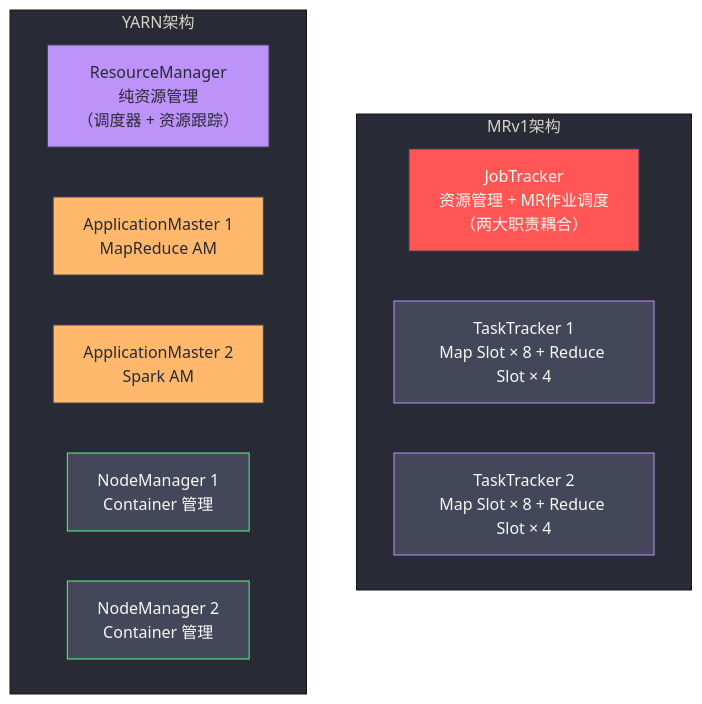
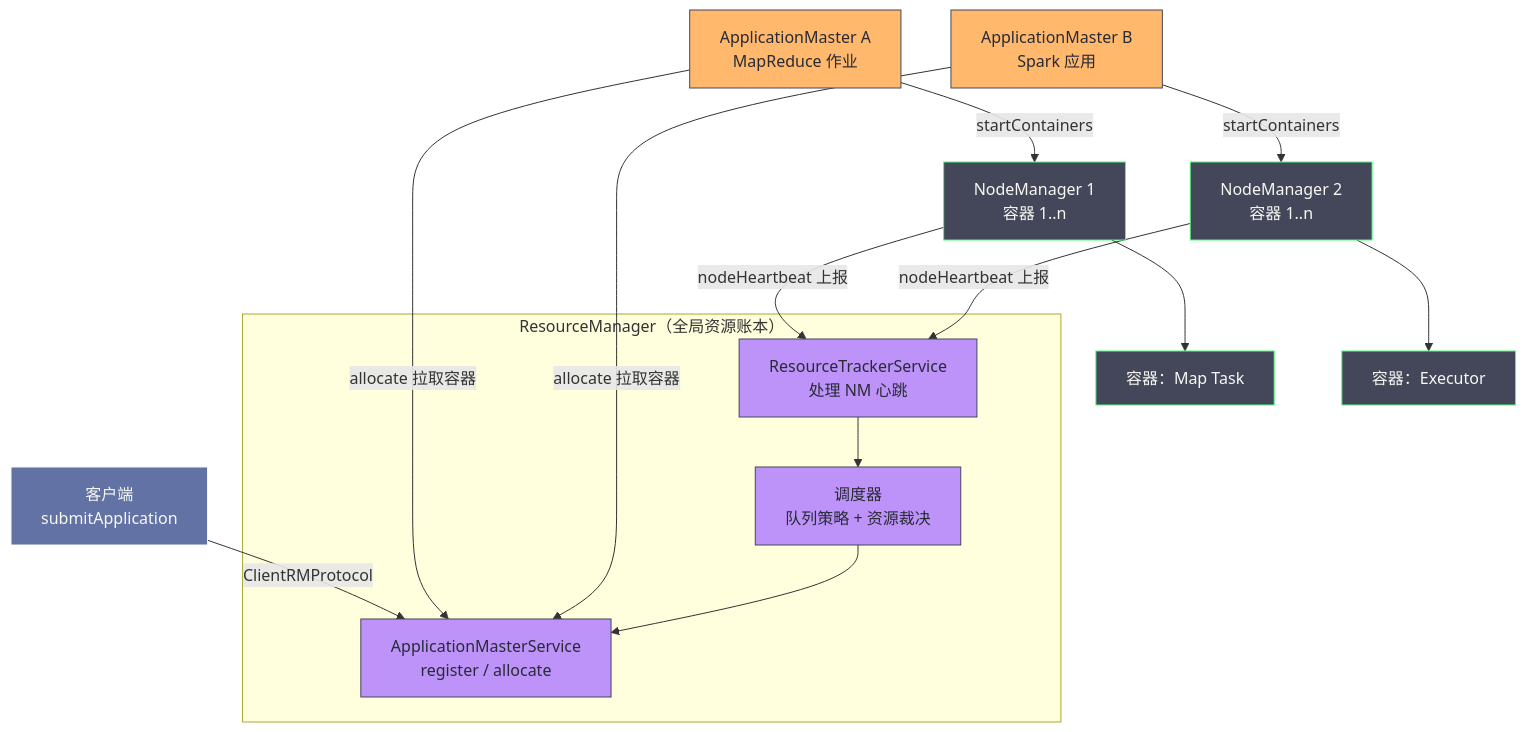
Before and after one commit to hpliStartAgain/my-brain: the third of 5 diagrams in content/大数据/Hadoop/Yarn/01 YARN 的诞生——从 MRv1 到资源管理与计算分离.md, drawn with Mermaid. The commit also changed other lines of this file and 455 other files, not shown here.

````diff
--- a/content/大数据/Hadoop/Yarn/01 YARN 的诞生——从 MRv1 到资源管理与计算分离.md
+++ b/content/大数据/Hadoop/Yarn/01 YARN 的诞生——从 MRv1 到资源管理与计算分离.md
@@ -295,29 +300,37 @@
 ```mermaid
-%%{init: {'theme': 'base', 'themeVariables': {'primaryColor': '#6272a4', 'primaryTextColor': '#f8f8f2', 'primaryBorderColor': '#bd93f9', 'lineColor': '#ff79c6', 'secondaryColor': '#44475a', 'tertiaryColor': '#282a36'}}}%%
+%%{init: {'theme': 'dracula'}}%%
 graph TD
-    subgraph MRv1架构
-        JT["JobTracker</br>资源管理 + MR作业调度</br>（两大职责耦合）"]
-        TT1MR["TaskTracker 1</br>Map Slot × 8 + Reduce Slot × 4"]
-        TT2MR["TaskTracker 2</br>Map Slot × 8 + Reduce Slot × 4"]
+    CLI["客户端<br/>submitApplication"]
+    subgraph RMZ["ResourceManager（全局资源账本）"]
+        SCHED["调度器<br/>队列策略 + 资源裁决"]
+        ASM["ApplicationMasterService<br/>register / allocate"]
+        RTR["ResourceTrackerService<br/>处理 NM 心跳"]
     end
+    AM1["ApplicationMaster A<br/>MapReduce 作业"]
+    AM2["ApplicationMaster B<br/>Spark 应用"]
+    NM1["NodeManager 1<br/>容器 1..n"]
+    NM2["NodeManager 2<br/>容器 1..n"]
+    C1["容器：Map Task"]
+    C2["容器：Executor"]
 
-    subgraph YARN架构
-        RM["ResourceManager</br>纯资源管理</br>（调度器 + 资源跟踪）"]
-        AM1["ApplicationMaster 1</br>MapReduce AM"]
-        AM2["ApplicationMaster 2</br>Spark AM"]
-        NM1["NodeManager 1</br>Container 管理"]
-        NM2["NodeManager 2</br>Container 管理"]
-    end
+    CLI -- "ClientRMProtocol" --> ASM
+    AM1 -- "allocate 拉取容器" --> ASM
+    AM2 -- "allocate 拉取容器" --> ASM
+    NM1 -- "nodeHeartbeat 上报" --> RTR
+    NM2 -- "nodeHeartbeat 上报" --> RTR
+    RTR --> SCHED
+    SCHED --> ASM
+    AM1 -- "startContainers" --> NM1
+    AM2 -- "startContainers" --> NM2
+    NM1 --> C1
+    NM2 --> C2
 
-    classDef jt fill:#ff5555,stroke:#44475a,color:#f8f8f2
-    classDef tt fill:#44475a,stroke:#bd93f9,color:#f8f8f2
     classDef rm fill:#bd93f9,stroke:#44475a,color:#282a36
     classDef am fill:#ffb86c,stroke:#44475a,color:#282a36
     classDef nm fill:#44475a,stroke:#50fa7b,color:#f8f8f2
-
-    class JT jt
-    class TT1MR,TT2MR tt
-    class RM rm
+    classDef cli fill:#6272a4,stroke:#f8f8f2,color:#f8f8f2
+    class SCHED,ASM,RTR rm
     class AM1,AM2 am
-    class NM1,NM2 nm
+    class NM1,NM2,C1,C2 nm
+    class CLI cli
 ```
````
